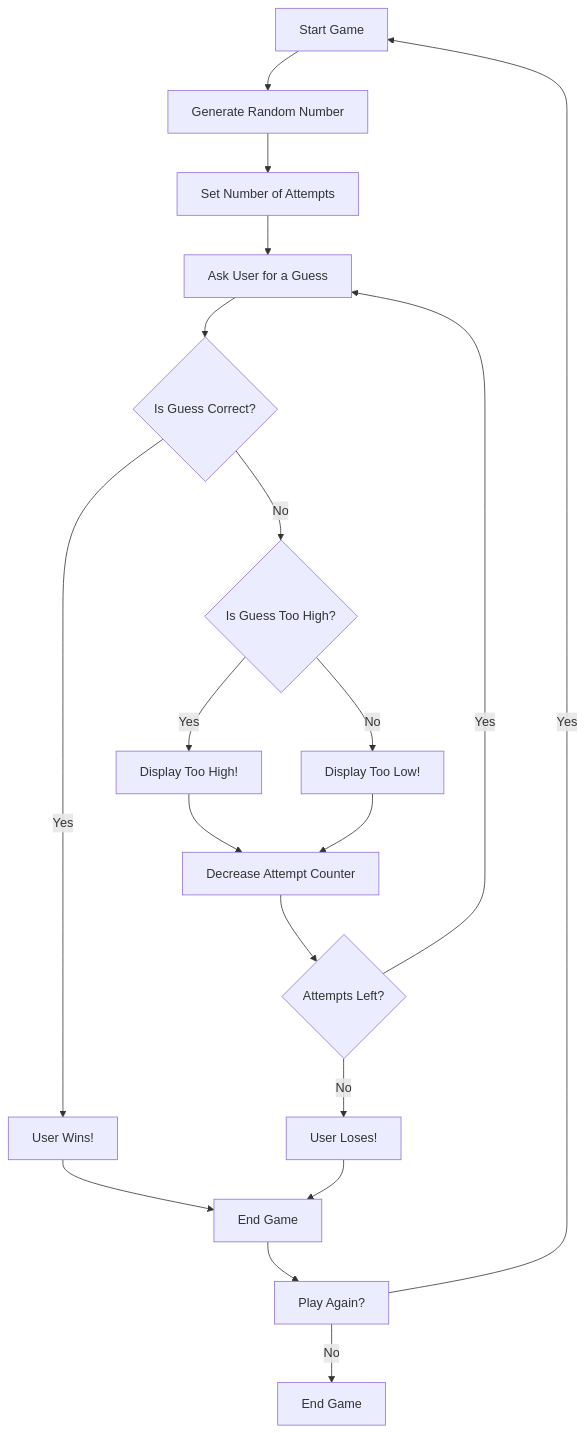
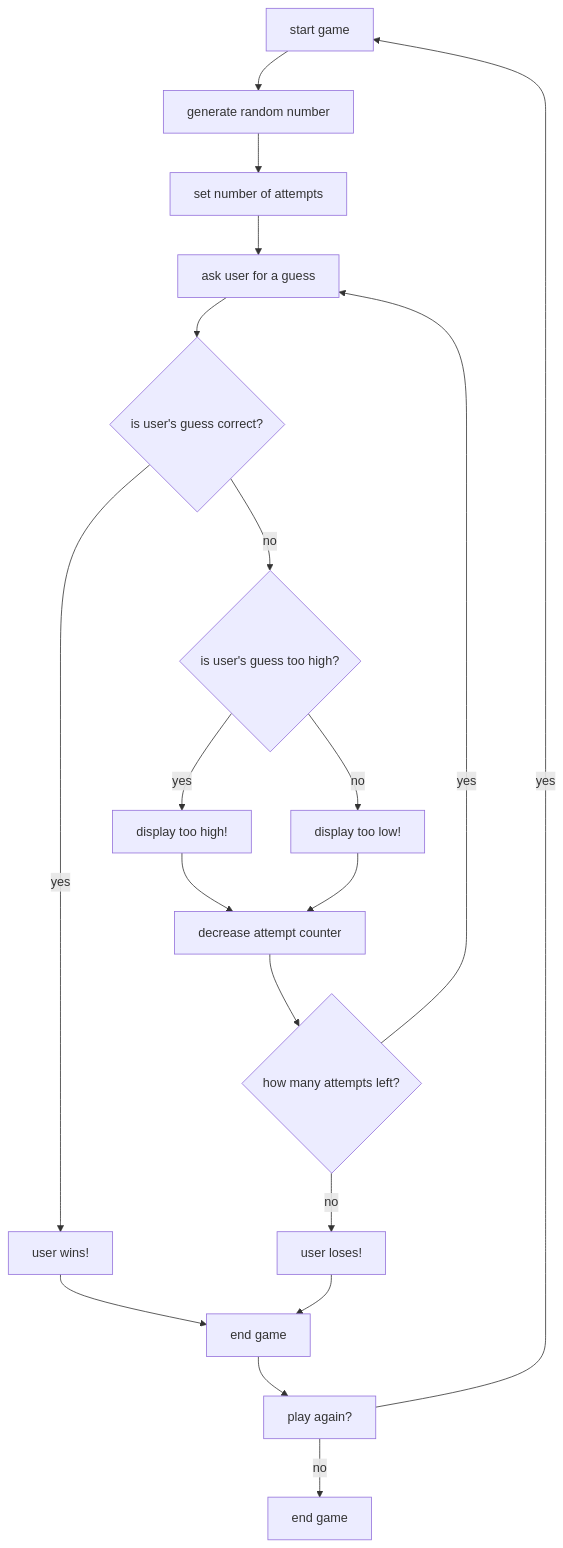
One commit to samhardee/samhardee.github.io changed the diagram in guessing.md. Above: the diagram before and after it, drawn with Mermaid.

````diff
--- a/guessing.md
+++ b/guessing.md
@@ -1,21 +1,21 @@
 ```mermaid
 flowchart TD
-    A[Start Game] --> B[Generate Random Number]
-    B --> C[Set Number of Attempts]
-    C --> D[Ask User for a Guess]
-    D --> E{Is Guess Correct?}
-    E -- Yes --> F[User Wins!]
-    F --> G[End Game]
-    E -- No --> H{Is Guess Too High?}
-    H -- Yes --> I[Display Too High!]
-    H -- No --> J[Display Too Low!]
-    I --> K[Decrease Attempt Counter]
-    J --> K[Decrease Attempt Counter]
-    K --> L{Attempts Left?}
-    L -- Yes --> D
-    L -- No --> M[User Loses!]
+    A[start game] --> B[generate random number]
+    B --> C[set number of attempts]
+    C --> D[ask user for a guess]
+    D --> E{is user's guess correct?}
+    E -- yes --> F[user wins!]
+    F --> G[end game]
+    E -- no --> H{is user's guess too high?}
+    H -- yes --> I[display too high!]
+    H -- no --> J[display too low!]
+    I --> K[decrease attempt counter]
+    J --> K[decrease attempt counter]
+    K --> L{how many attempts left?}
+    L -- yes --> D
+    L -- no --> M[user loses!]
     M --> G
-    G --> N[Play Again?]
-    N -- Yes --> A
-    N -- No --> O[End Game]
+    G --> N[play again?]
+    N -- yes --> A
+    N -- no --> O[end game]
 ```
````
